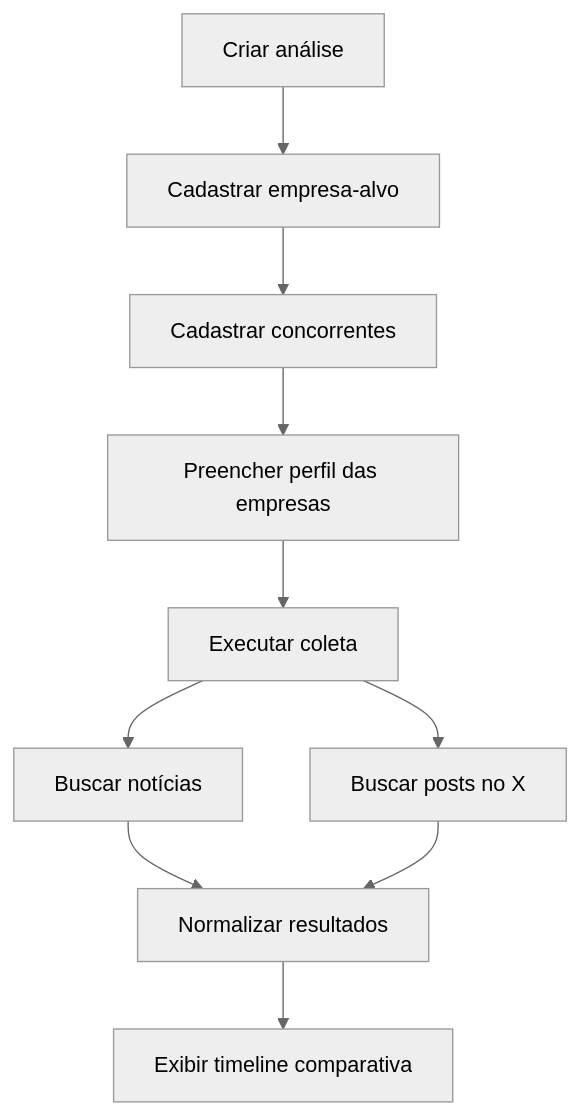
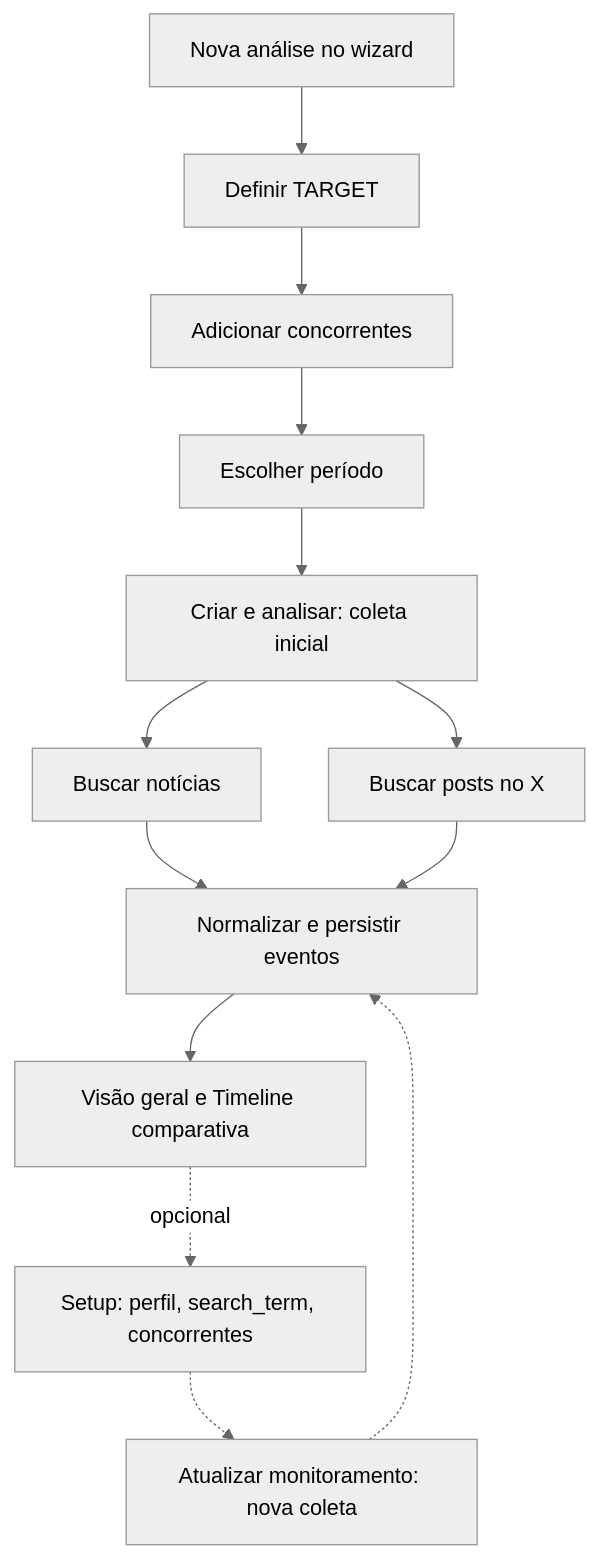
The third of 6 diagrams in docs/arquitetura.md (bisb-inc/bisb), drawn with Mermaid (neutral theme) before and after one commit. The commit also changed other lines of this file and 7 other files, not shown here.

````diff
--- a/docs/arquitetura.md
+++ b/docs/arquitetura.md
@@ -180,12 +209,15 @@
 ```mermaid
 flowchart TD
-    A[Criar análise] --> B[Cadastrar empresa-alvo]
-    B --> C[Cadastrar concorrentes]
-    C --> P[Preencher perfil das empresas]
-    P --> D[Executar coleta]
+    A[Nova análise no wizard] --> B[Definir TARGET]
+    B --> C[Adicionar concorrentes]
+    C --> P[Escolher período]
+    P --> D[Criar e analisar: coleta inicial]
     D --> E[Buscar notícias]
     D --> F[Buscar posts no X]
-    E --> G[Normalizar resultados]
+    E --> G[Normalizar e persistir eventos]
     F --> G
-    G --> H[Exibir timeline comparativa]
+    G --> H[Visão geral e Timeline comparativa]
+    H -.->|opcional| S[Setup: perfil, search_term, concorrentes]
+    S -.-> R[Atualizar monitoramento: nova coleta]
+    R -.-> G
 ```
````
